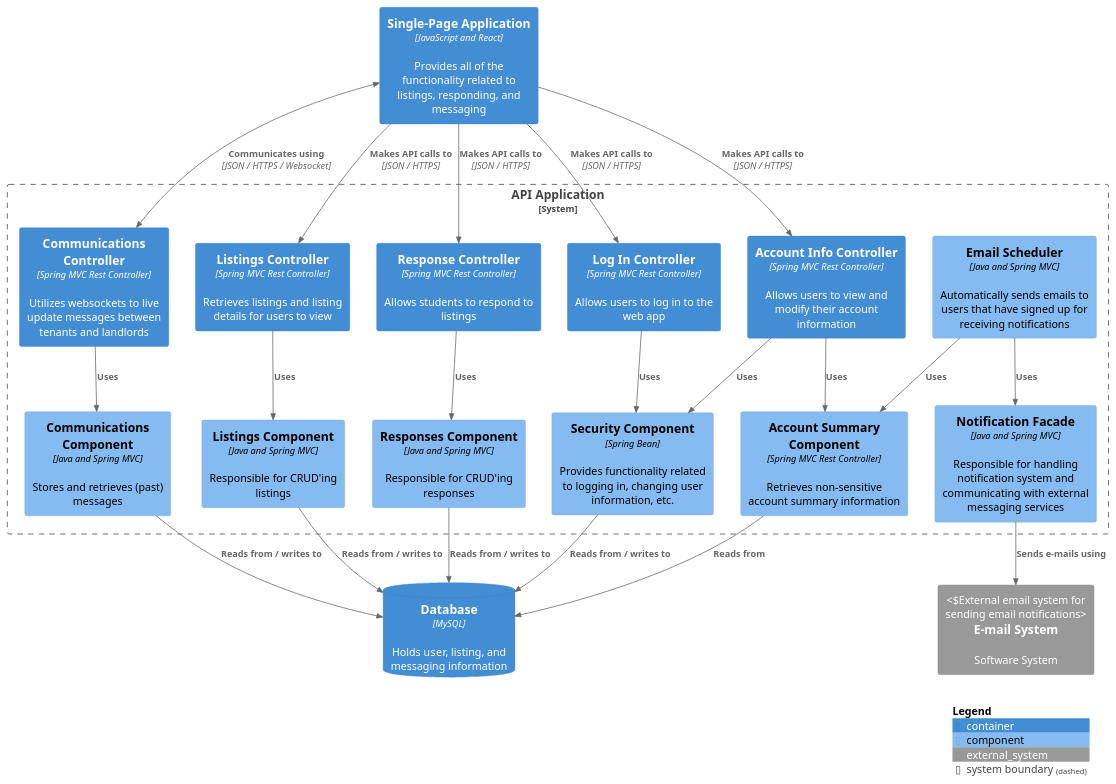
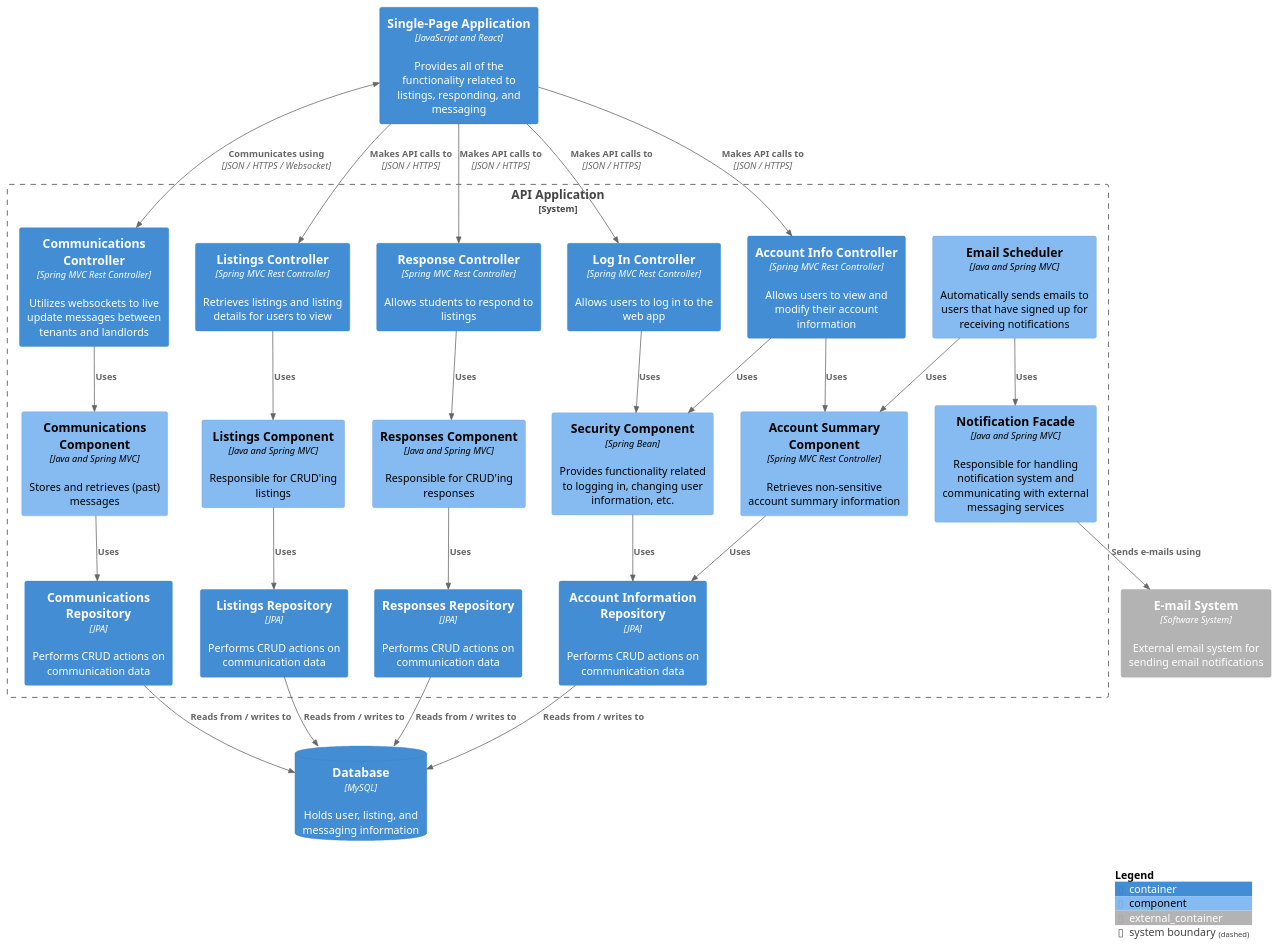
The diagram in docs/uml-diagrams/c3-diagram.puml (lex-kort/s3-roomies-backend), drawn with PlantUML before and after one commit.

Commit message:
Add repository components to C3 diagram

```diff
--- a/docs/uml-diagrams/c3-diagram.puml
+++ b/docs/uml-diagrams/c3-diagram.puml
@@ -1,49 +1,59 @@
 @startuml "C3 Diagram"
 !include https://raw.githubusercontent.com/plantuml-stdlib/C4-PlantUML/master/C4_Container.puml
 !include https://raw.githubusercontent.com/plantuml-stdlib/C4-PlantUML/master/C4_Component.puml
 
 Container(sp_app, "Single-Page Application", "JavaScript and React", "Provides all of the functionality related to listings, responding, and messaging")
 
 System_Boundary(c3, "API Application", "Container"){
     Container(ctrl_comms, "Communications Controller", "Spring MVC Rest Controller", "Utilizes websockets to live update messages between tenants and landlords")
     Container(ctrl_listings, "Listings Controller", "Spring MVC Rest Controller", "Retrieves listings and listing details for users to view")
     Container(ctrl_respond, "Response Controller", "Spring MVC Rest Controller", "Allows students to respond to listings")
     Container(ctrl_login, "Log In Controller", "Spring MVC Rest Controller", "Allows users to log in to the web app")
     Container(ctrl_accinfo, "Account Info Controller", "Spring MVC Rest Controller", "Allows users to view and modify their account information")
     
     Component(comp_comms, "Communications Component", "Java and Spring MVC", "Stores and retrieves (past) messages")
     Component(comp_listings, "Listings Component", "Java and Spring MVC", "Responsible for CRUD'ing listings")
     Component(comp_responses, "Responses Component", "Java and Spring MVC", "Responsible for CRUD'ing responses")
     Component(comp_security, "Security Component", "Spring Bean", "Provides functionality related to logging in, changing user information, etc.")
     Component(comp_accsummary, "Account Summary Component", "Spring MVC Rest Controller", "Retrieves non-sensitive account summary information")
     Component(comp_notiffacade, "Notification Facade", "Java and Spring MVC", "Responsible for handling notification system and communicating with external messaging services")
     Component(comp_emailsched, "Email Scheduler", "Java and Spring MVC", "Automatically sends emails to users that have signed up for receiving notifications")
+
+    Container(rep_comms, "Communications Repository", "JPA", "Performs CRUD actions on communication data")
+    Container(rep_listings, "Listings Repository", "JPA", "Performs CRUD actions on communication data")
+    Container(rep_responses, "Responses Repository", "JPA", "Performs CRUD actions on communication data")
+    Container(rep_accinfo, "Account Information Repository", "JPA", "Performs CRUD actions on communication data")
 }
 
 ContainerDb(db, "Database", "MySQL", "Holds user, listing, and messaging information")
-System_Ext(mail_serv, "E-mail System", "Software System", "External email system for sending email notifications")
+Container_Ext(mail_serv, "E-mail System", "Software System", "External email system for sending email notifications")
 
 BiRel(sp_app, ctrl_comms, "Communicates using", "JSON / HTTPS / Websocket")
 Rel(sp_app, ctrl_login, "Makes API calls to", "JSON / HTTPS")
 Rel(sp_app, ctrl_listings, "Makes API calls to", "JSON / HTTPS")
 Rel(sp_app, ctrl_accinfo, "Makes API calls to", "JSON / HTTPS")
 Rel(sp_app, ctrl_respond, "Makes API calls to", "JSON / HTTPS")
 
 Rel(ctrl_comms, comp_comms, "Uses")
 Rel(ctrl_login, comp_security, "Uses")
 Rel(ctrl_accinfo, comp_security, "Uses")
 Rel(ctrl_accinfo, comp_accsummary, "Uses")
 Rel(comp_emailsched, comp_accsummary, "Uses")
 Rel(comp_emailsched, comp_notiffacade, "Uses")
 Rel(ctrl_listings, comp_listings, "Uses")
 Rel(ctrl_respond, comp_responses, "Uses")
 
-Rel(comp_comms, db, "Reads from / writes to")
-Rel(comp_notiffacade, mail_serv, "Sends e-mails using")
-Rel(comp_security, db, "Reads from / writes to")
-Rel(comp_accsummary, db, "Reads from")
-Rel(comp_listings, db, "Reads from / writes to")
-Rel(comp_responses, db, "Reads from / writes to")
+Rel(comp_comms, rep_comms, "Uses")
+Rel(comp_listings, rep_listings, "Uses")
+Rel(comp_responses, rep_responses, "Uses")
+Rel(comp_accsummary, rep_accinfo, "Uses")
+Rel(comp_security, rep_accinfo, "Uses")
+
+Rel_D(rep_comms, db, "Reads from / writes to")
+Rel_D(comp_notiffacade, mail_serv, "Sends e-mails using")
+Rel_D(rep_accinfo, db, "Reads from / writes to")
+Rel_D(rep_listings, db, "Reads from / writes to")
+Rel_D(rep_responses, db, "Reads from / writes to")
 
 SHOW_LEGEND()
 @enduml
```
